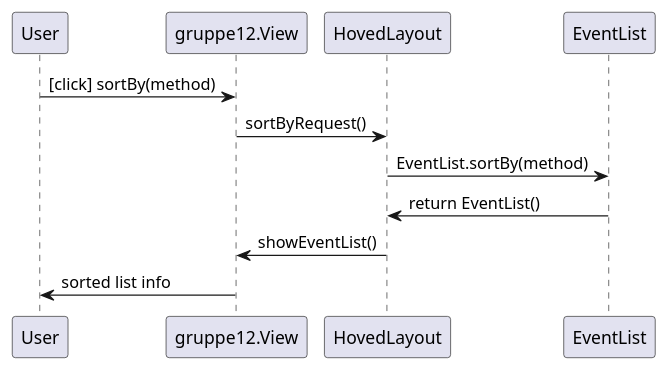
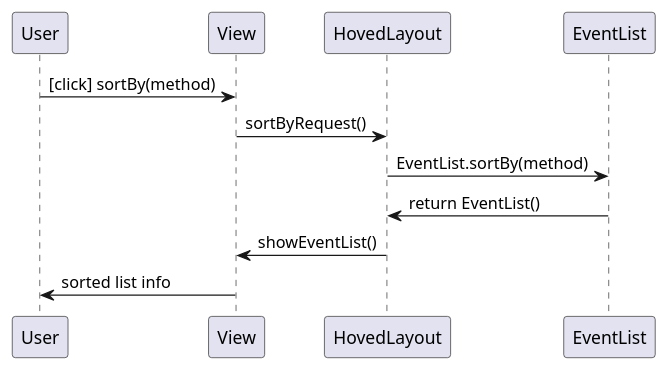
One commit to simenvl/software-engineering_g12 changed the diagram in src/main/java/gruppe12/Charts/Sequence/alt/SortEventSequence.puml. Above: the diagram before and after it, drawn with PlantUML. The commit also changed 34 other files, not shown here.

```diff
--- a/src/main/java/gruppe12/Charts/Sequence/alt/SortEventSequence.puml
+++ b/src/main/java/gruppe12/Charts/Sequence/alt/SortEventSequence.puml
@@ -1,8 +1,8 @@
 @startuml
-User -> gruppe12.View: [click] sortBy(method)
-gruppe12.View -> HovedLayout: sortByRequest()
+User -> View: [click] sortBy(method)
+View -> HovedLayout: sortByRequest()
 HovedLayout -> EventList: EventList.sortBy(method)
 EventList -> HovedLayout: return EventList()
-HovedLayout -> gruppe12.View: showEventList()
-gruppe12.View -> User: sorted list info
+HovedLayout -> View: showEventList()
+View -> User: sorted list info
 @enduml
```
